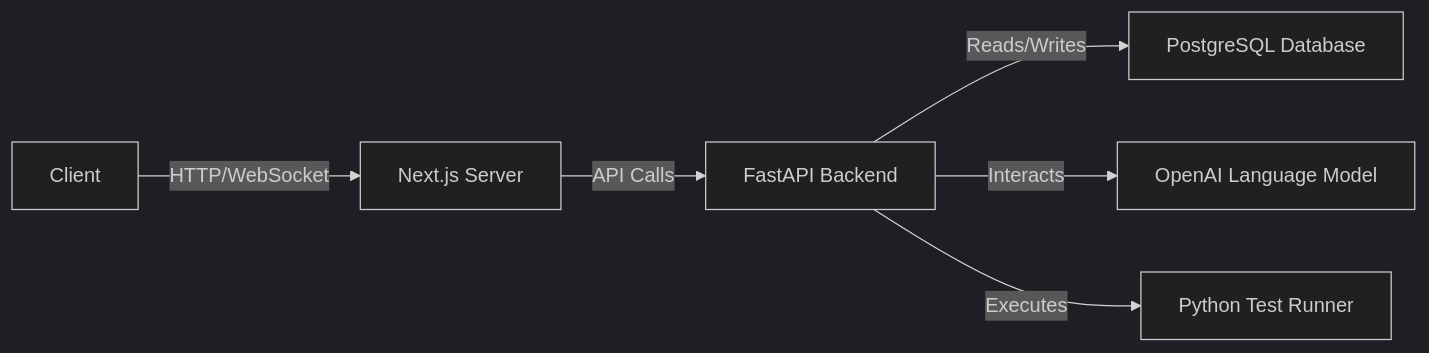
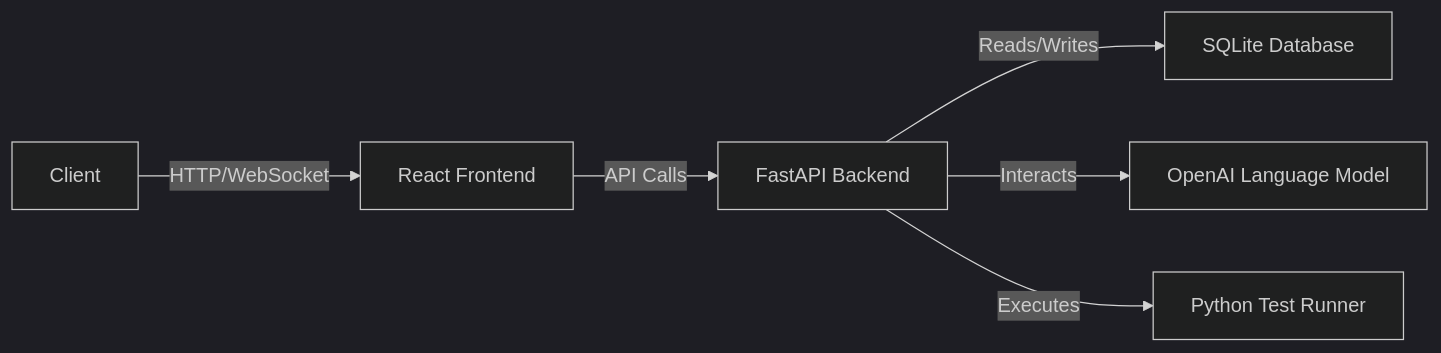
One commit to nero19960329/autify-ai-engineer-assignment changed the second of 4 diagrams in development_plan.md. Above: the diagram before and after it, drawn with Mermaid (dark theme). The commit also changed other lines of this file, not shown here.

````diff
--- a/development_plan.md
+++ b/development_plan.md
@@ -55,8 +54,8 @@
 ```mermaid
 graph LR
-A2[Client] -- HTTP/WebSocket --> B2[Next.js Server]
+A2[Client] -- HTTP/WebSocket --> B2[React Frontend]
 B2 -- API Calls --> C2[FastAPI Backend]
-C2 -- Reads/Writes --> D2[PostgreSQL Database]
+C2 -- Reads/Writes --> D2[SQLite Database]
 C2 -- Interacts --> E2[OpenAI Language Model]
 C2 -- Executes --> F2[Python Test Runner]
 ```
````
